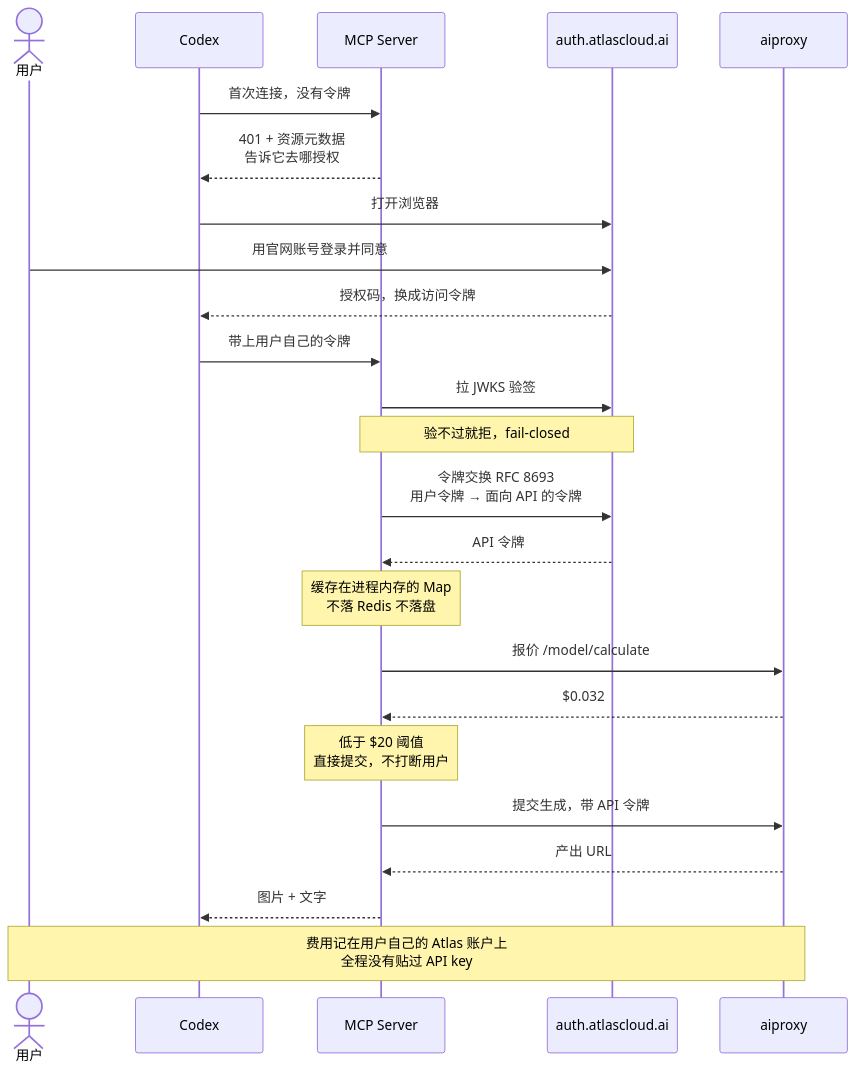
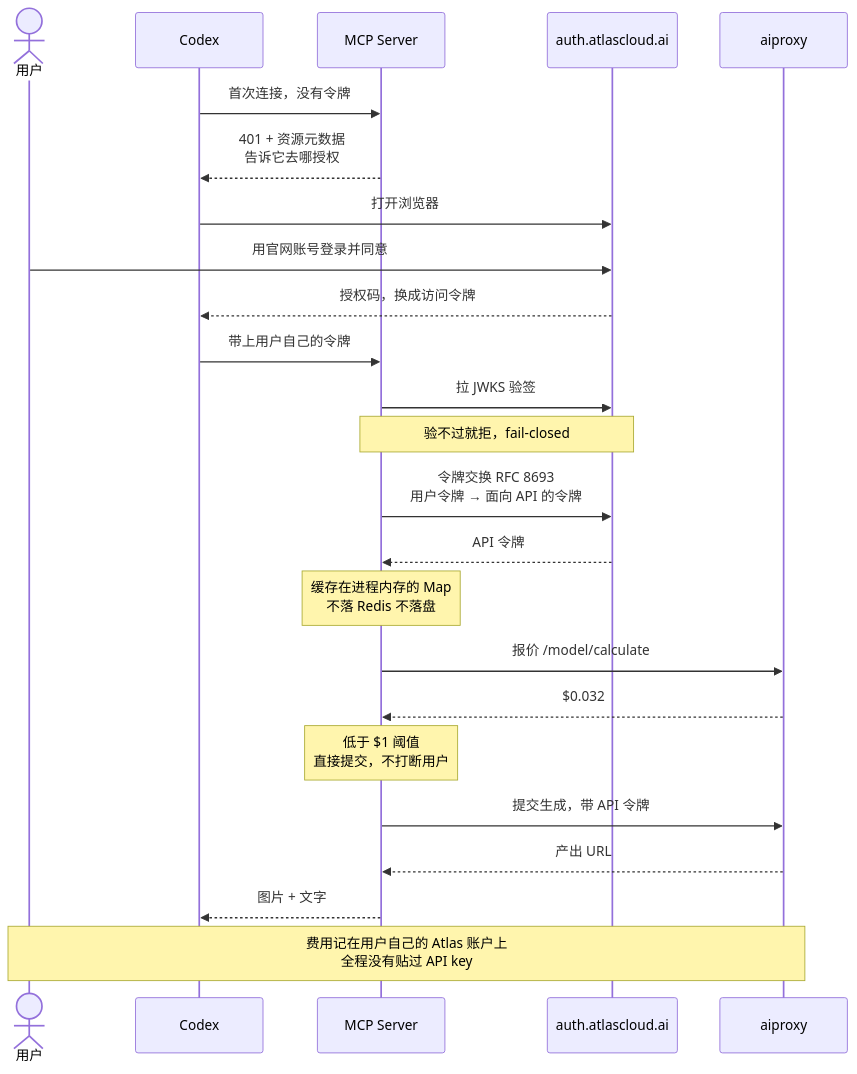
One commit to AtlasCloudAI/mcp-server changed the second of 2 diagrams in deploy/kubernetes/生产部署手册.md. Above: the diagram before and after it, drawn with Mermaid. The commit also changed 5 other files, not shown here.

````diff
--- a/deploy/kubernetes/生产部署手册.md
+++ b/deploy/kubernetes/生产部署手册.md
@@ -111,27 +111,27 @@
 ```mermaid
 sequenceDiagram
     actor U as 用户
     participant C as Codex
     participant M as MCP Server
     participant A as auth.atlascloud.ai
     participant P as aiproxy
 
     C->>M: 首次连接，没有令牌
     M-->>C: 401 + 资源元数据<br/>告诉它去哪授权
     C->>A: 打开浏览器
     U->>A: 用官网账号登录并同意
     A-->>C: 授权码，换成访问令牌
     C->>M: 带上用户自己的令牌
     M->>A: 拉 JWKS 验签
     Note over M,A: 验不过就拒，fail-closed
     M->>A: 令牌交换 RFC 8693<br/>用户令牌 → 面向 API 的令牌
     A-->>M: API 令牌
     Note over M: 缓存在进程内存的 Map<br/>不落 Redis 不落盘
     M->>P: 报价 /model/calculate
     P-->>M: $0.032
-    Note over M: 低于 $20 阈值<br/>直接提交，不打断用户
+    Note over M: 低于 $1 阈值<br/>直接提交，不打断用户
     M->>P: 提交生成，带 API 令牌
     P-->>M: 产出 URL
     M-->>C: 图片 + 文字
     Note over U,P: 费用记在用户自己的 Atlas 账户上<br/>全程没有贴过 API key
 ```
````
